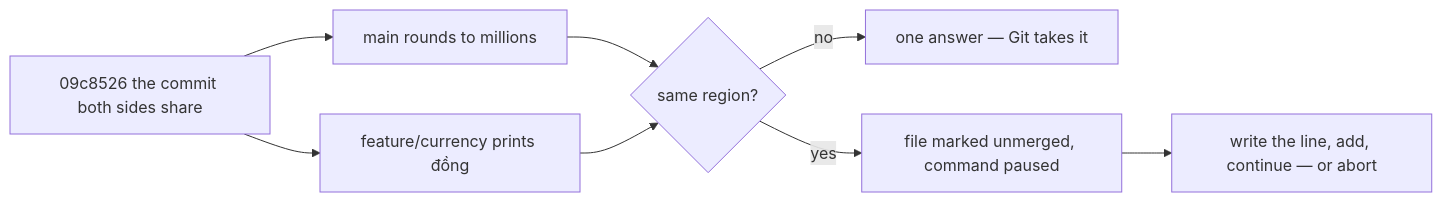
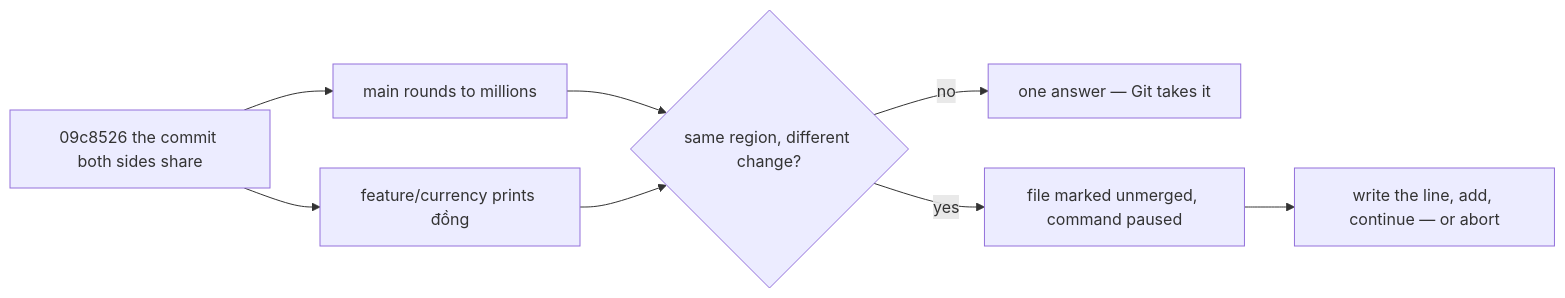
One commit to duyan11110/lo-trinh-architect changed the diagram in content/tracks/foundation/git/foundation.l2.git-conflicts.en.md. Above: the diagram before and after it, drawn with Mermaid. The commit also changed other lines of this file and 314 other files, not shown here.

````diff
--- a/content/tracks/foundation/git/foundation.l2.git-conflicts.en.md
+++ b/content/tracks/foundation/git/foundation.l2.git-conflicts.en.md
@@ -41,11 +41,11 @@
 ```mermaid
 flowchart LR
   B["09c8526 the commit both sides share"]
   B --> O["main rounds to millions"]
   B --> T["feature/currency prints đồng"]
-  O --> X{"same region?"}
+  O --> X{"same region, different change?"}
   T --> X
   X -->|no| A["one answer — Git takes it"]
   X -->|yes| C["file marked unmerged, command paused"]
   C --> R["write the line, add, continue — or abort"]
 ```
````
